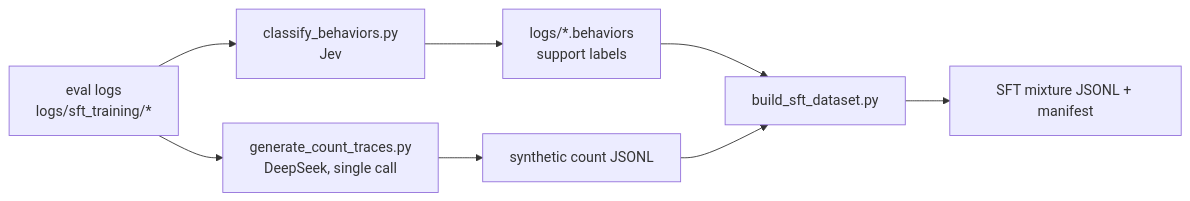
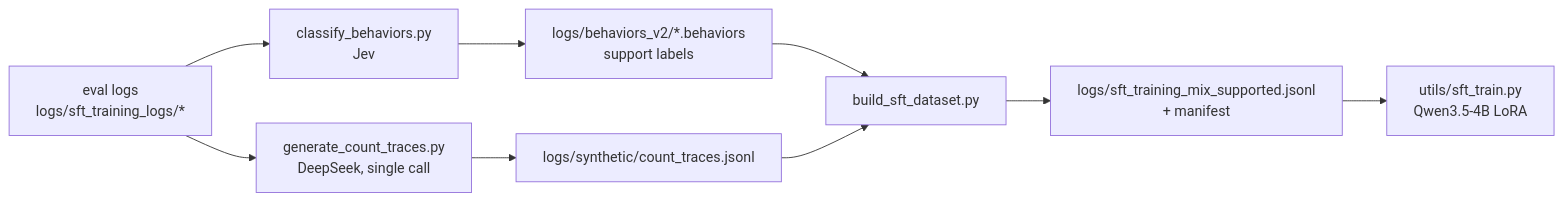
Before and after one commit to rpo19/ReFactX: the diagram in error_categorization/sft_pipeline.md, drawn with Mermaid. The commit also changed other lines of this file and 5 other files, not shown here.

Commit message:
Add supported-mix SFT config and HPC script; document pipeline

````diff
--- a/error_categorization/sft_pipeline.md
+++ b/error_categorization/sft_pipeline.md
@@ -6,10 +6,11 @@
 ```mermaid
 flowchart LR
-    A[eval logs<br/>logs/sft_training/*] --> B[classify_behaviors.py<br/>Jev]
-    B --> C[logs/*.behaviors<br/>support labels]
+    A[eval logs<br/>logs/sft_training_logs/*] --> B[classify_behaviors.py<br/>Jev]
+    B --> C[logs/behaviors_v2/*.behaviors<br/>support labels]
     A --> D[generate_count_traces.py<br/>DeepSeek, single call]
-    D --> E[synthetic count JSONL]
+    D --> E[logs/synthetic/count_traces.jsonl]
     C --> F[build_sft_dataset.py]
     E --> F
-    F --> G[SFT mixture JSONL + manifest]
+    F --> G[logs/sft_training_mix_supported.jsonl<br/>+ manifest]
+    G --> H[utils/sft_train.py<br/>Qwen3.5-4B LoRA]
 ```
````
